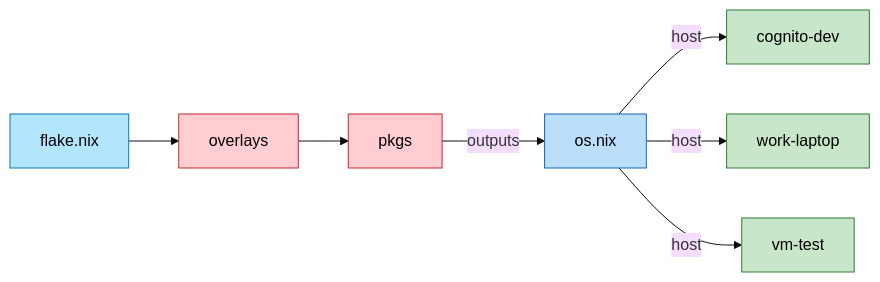
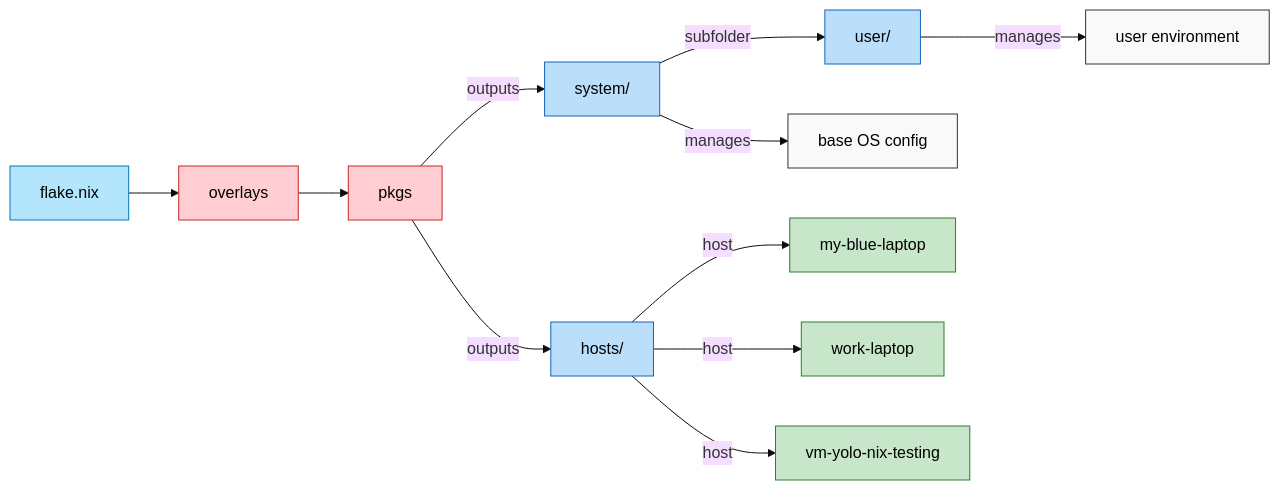
Before and after one commit to zitongcharliedeng/cognito: the diagram in README.md, drawn with Mermaid (base theme). The commit also changed other lines of this file, not shown here.

````diff
--- a/README.md
+++ b/README.md
@@ -3,24 +3,32 @@
 ```mermaid
 flowchart LR
     A[flake.nix] --> B[overlays]
     B --> C[pkgs]
-    C -->|outputs| D[os.nix]
 
-    D -->|host| E[cognito-dev]
-    D -->|host| F[work-laptop]
-    D -->|host| G[vm-test]
+    C -->|outputs| D[system/]
+    D -->|subfolder| E[user/]
+    C -->|outputs| G[hosts/]
+
+    D -->|manages| H[base OS config]
+    E -->|manages| I[user environment]
+    G -->|host| K[my-blue-laptop]
+    G -->|host| L[work-laptop]
+    G -->|host| M[vm-yolo-nix-testing]
 
     classDef default fill:#f9f9f9,stroke:#333,stroke-width:1px,color:#000;
     classDef source fill:#b3e5fc,stroke:#0277bd,color:#000;
     classDef pkg fill:#ffcdd2,stroke:#c62828,color:#000;
-    classDef os fill:#bbdefb,stroke:#1565c0,color:#000;
+    classDef sys fill:#bbdefb,stroke:#1565c0,color:#000;
     classDef host fill:#c8e6c9,stroke:#2e7d32,color:#000;
+    classDef feature fill:#f0e68c,stroke:#c0a000,color:#000;
 
     A:::source
     B:::pkg
     C:::pkg
-    D:::os
-    E:::host
-    F:::host
-    G:::host
+    D:::sys
+    E:::sys
+    G:::sys
+    K:::host
+    L:::host
+    M:::host
 ```
````
